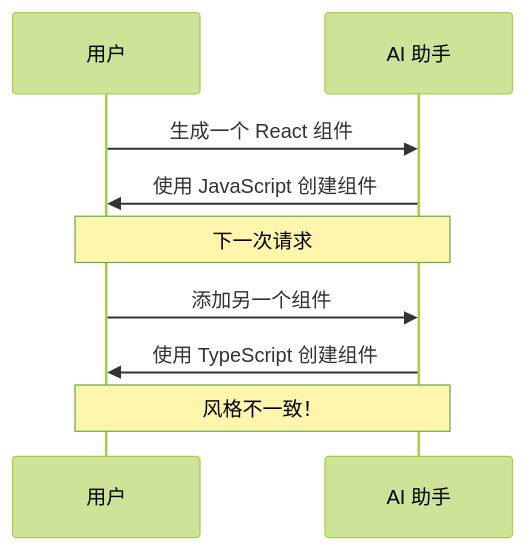
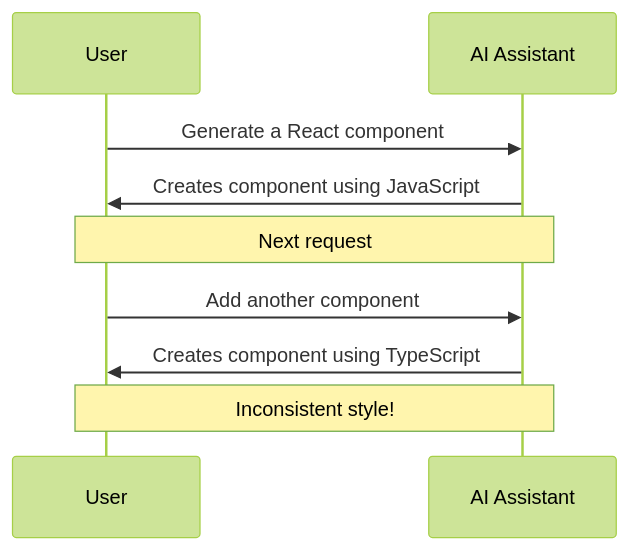
One commit to DDR187/cursor-howto changed the second of 6 diagrams in 02-rules/README.md. Above: the diagram before and after it, drawn with Mermaid (forest theme). The commit also changed other lines of this file and 22 other files, not shown here.

````diff
--- a/02-rules/README.md
+++ b/02-rules/README.md
@@ -50,15 +50,15 @@
 ```mermaid
 sequenceDiagram
-    participant U as 用户
-    participant AI as AI 助手
+    participant U as User
+    participant AI as AI Assistant
     
-    U->>AI: 生成一个 React 组件
-    AI->>U: 使用 JavaScript 创建组件
+    U->>AI: Generate a React component
+    AI->>U: Creates component using JavaScript
     
-    Note over U,AI: 下一次请求
+    Note over U,AI: Next request
     
-    U->>AI: 添加另一个组件
-    AI->>U: 使用 TypeScript 创建组件
+    U->>AI: Add another component
+    AI->>U: Creates component using TypeScript
     
-    Note over U,AI: 风格不一致！
+    Note over U,AI: Inconsistent style!
 ```
````
